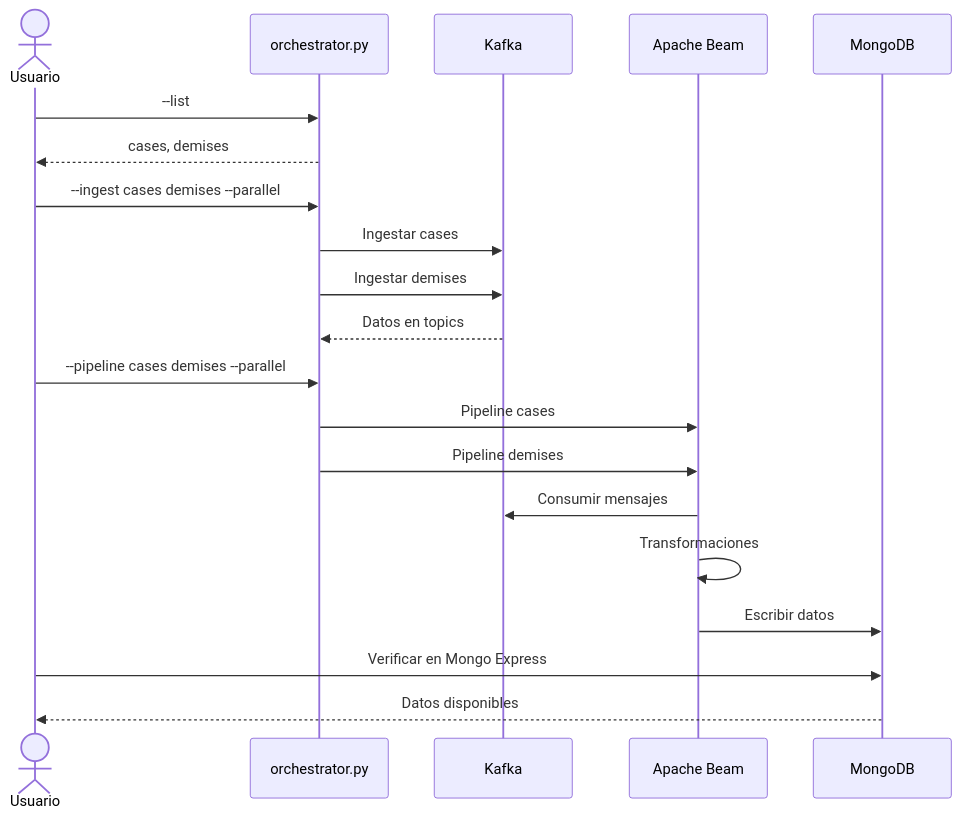
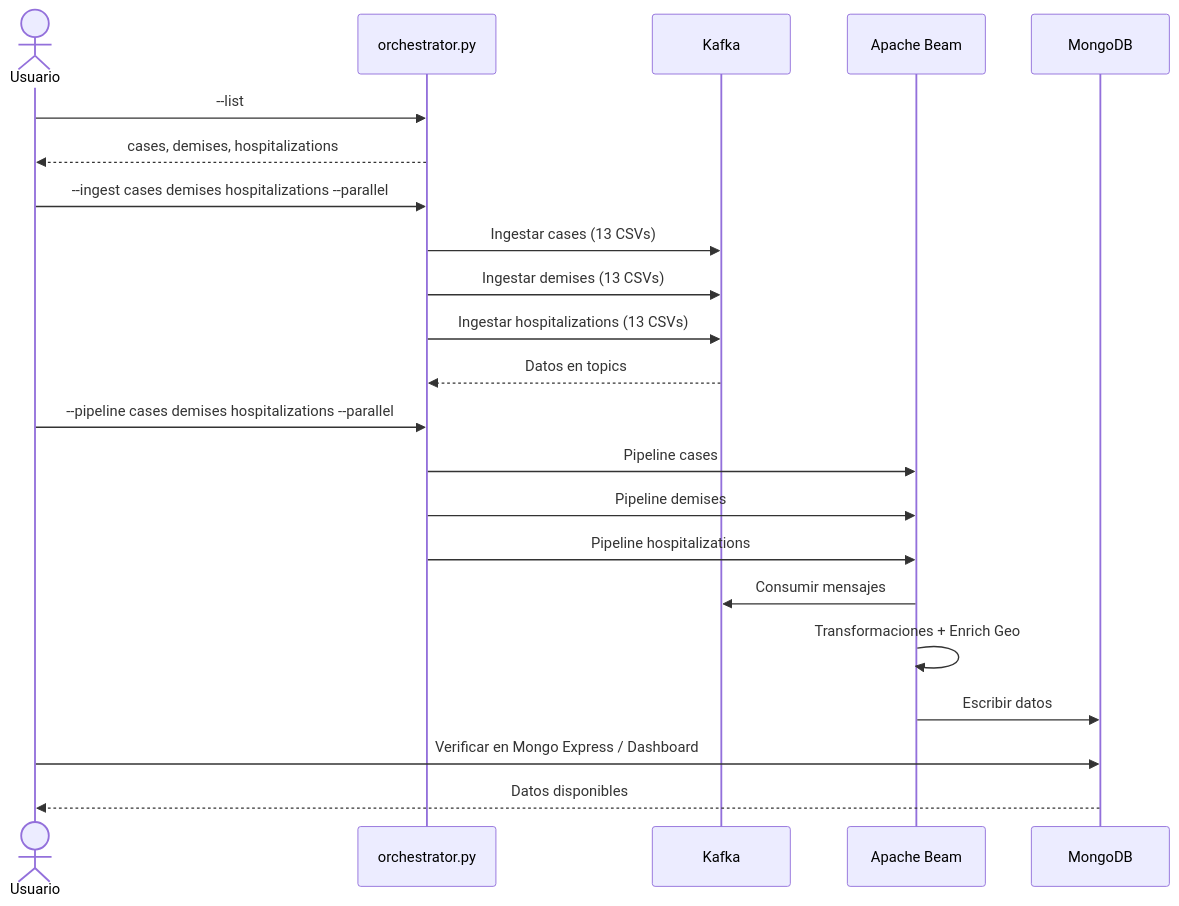
Before and after one commit to arthur8davis/tfm-dataflow-architecture: the ninth of 9 diagrams in README_NEW.md, drawn with Mermaid. The commit also changed other lines of this file and 9 other files, not shown here.

````diff
--- a/README_NEW.md
+++ b/README_NEW.md
@@ -443,27 +422,29 @@
 ```mermaid
 sequenceDiagram
     actor Usuario
     participant Orch as orchestrator.py
     participant Kafka
     participant Pipeline as Apache Beam
     participant MongoDB
 
     Usuario->>Orch: --list
-    Orch-->>Usuario: cases, demises
+    Orch-->>Usuario: cases, demises, hospitalizations
 
-    Usuario->>Orch: --ingest cases demises --parallel
-    Orch->>Kafka: Ingestar cases
-    Orch->>Kafka: Ingestar demises
+    Usuario->>Orch: --ingest cases demises hospitalizations --parallel
+    Orch->>Kafka: Ingestar cases (13 CSVs)
+    Orch->>Kafka: Ingestar demises (13 CSVs)
+    Orch->>Kafka: Ingestar hospitalizations (13 CSVs)
     Kafka-->>Orch: Datos en topics
 
-    Usuario->>Orch: --pipeline cases demises --parallel
+    Usuario->>Orch: --pipeline cases demises hospitalizations --parallel
     Orch->>Pipeline: Pipeline cases
     Orch->>Pipeline: Pipeline demises
+    Orch->>Pipeline: Pipeline hospitalizations
 
     Pipeline->>Kafka: Consumir mensajes
-    Pipeline->>Pipeline: Transformaciones
+    Pipeline->>Pipeline: Transformaciones + Enrich Geo
     Pipeline->>MongoDB: Escribir datos
 
-    Usuario->>MongoDB: Verificar en Mongo Express
+    Usuario->>MongoDB: Verificar en Mongo Express / Dashboard
     MongoDB-->>Usuario: Datos disponibles
 ```
````
